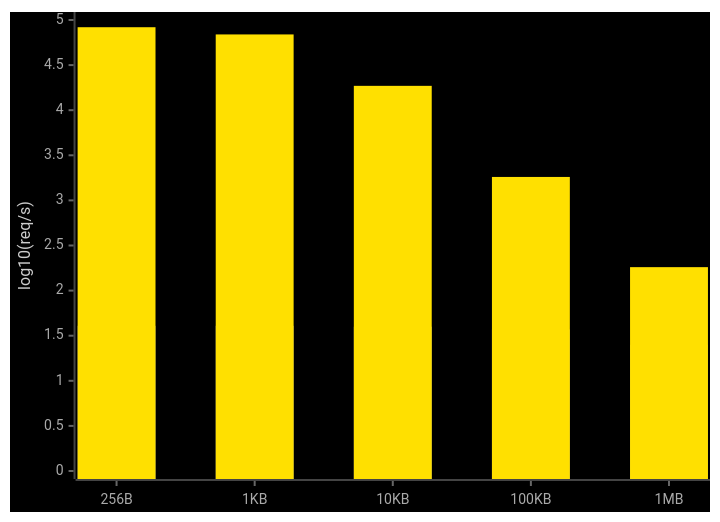
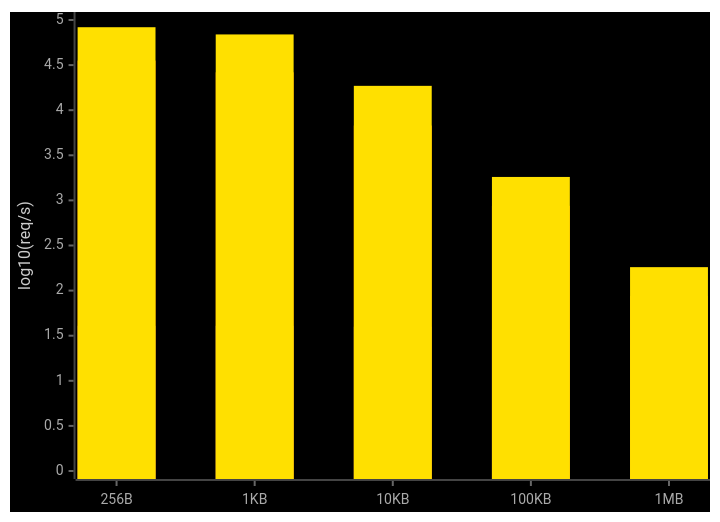
The second of 2 diagrams in README.md (inference-labs-inc/lightning), drawn with Mermaid before and after one commit. The commit also changed other lines of this file and 1 other file, not shown here.

First line of the commit message:
Introduce lightning Python bindings benchmark for three-way comparison

````diff
--- a/README.md
+++ b/README.md
@@ -105,25 +107,26 @@
 ```mermaid
 ---
 config:
     xyChart:
         plotReservedSpacePercent: 60
     themeVariables:
         xyChart:
             backgroundColor: "#000000"
-            plotColorPalette: "#808080, #FFE000"
+            plotColorPalette: "#808080, #FF8C00, #FFE000"
             titleColor: "#ffffff"
             xAxisLabelColor: "#aaaaaa"
             xAxisTitleColor: "#cccccc"
             xAxisTickColor: "#666666"
             xAxisLineColor: "#444444"
             yAxisLabelColor: "#aaaaaa"
             yAxisTitleColor: "#cccccc"
             yAxisTickColor: "#666666"
             yAxisLineColor: "#444444"
 ---
 xychart-beta
     x-axis ["256B", "1KB", "10KB", "100KB", "1MB"]
     y-axis "log10(req/s)" 0 --> 5
     bar "bittensor" [1.61, 1.61, 1.60, 1.57, 1.40]
-    bar "lightning" [4.92, 4.84, 4.27, 3.26, 2.26]
+    bar "lightning (Python)" [4.55, 4.42, 3.83, 2.94, 1.94]
+    bar "lightning (Rust)" [4.92, 4.84, 4.27, 3.26, 2.26]
 ```
````
